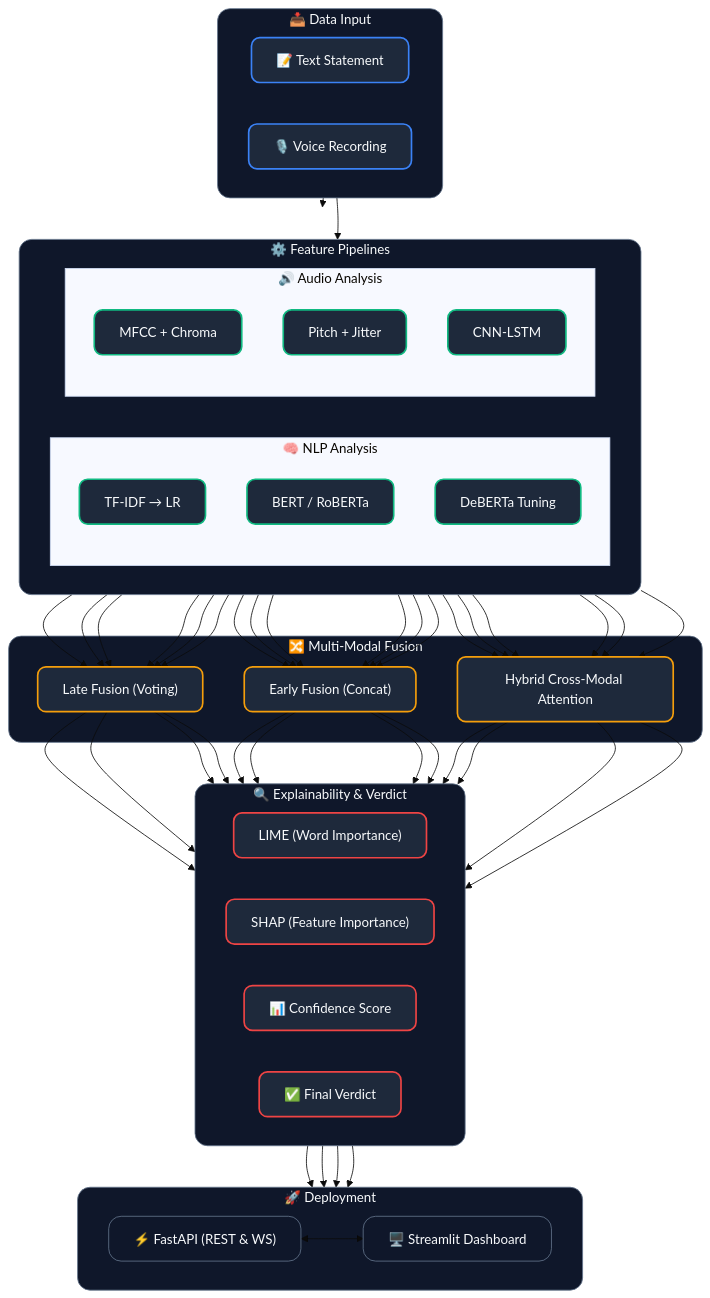
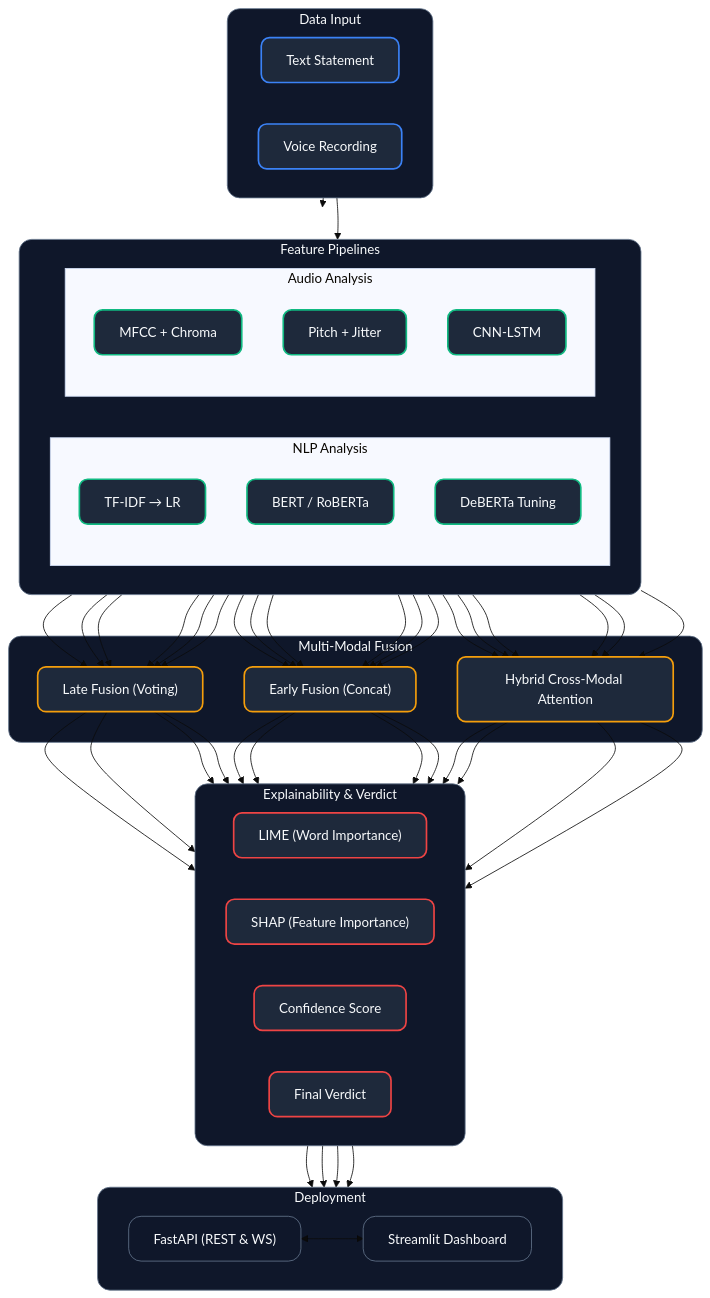
One commit to Dpjaiswal/ai-lie-detection-system changed the first of 3 diagrams in README.md. Above: the diagram before and after it, drawn with Mermaid (base theme). The commit also changed other lines of this file, not shown here.

````diff
--- a/README.md
+++ b/README.md
@@ -39,64 +39,64 @@
 ```mermaid
 graph TD
-    classDef input fill:#1E293B,stroke:#3B82F6,stroke-width:2px,color:#F8FAFC,rx:10,ry:10;
-    classDef processing fill:#1E293B,stroke:#10B981,stroke-width:2px,color:#F8FAFC,rx:10,ry:10;
-    classDef fusion fill:#1E293B,stroke:#F59E0B,stroke-width:2px,color:#F8FAFC,rx:10,ry:10;
-    classDef output fill:#1E293B,stroke:#EF4444,stroke-width:2px,color:#F8FAFC,rx:10,ry:10;
-    classDef system fill:#0F172A,stroke:#64748B,stroke-width:1px,color:#F8FAFC,rx:15,ry:15;
+ classDef input fill:#1E293B,stroke:#3B82F6,stroke-width:2px,color:#F8FAFC,rx:10,ry:10;
+ classDef processing fill:#1E293B,stroke:#10B981,stroke-width:2px,color:#F8FAFC,rx:10,ry:10;
+ classDef fusion fill:#1E293B,stroke:#F59E0B,stroke-width:2px,color:#F8FAFC,rx:10,ry:10;
+ classDef output fill:#1E293B,stroke:#EF4444,stroke-width:2px,color:#F8FAFC,rx:10,ry:10;
+ classDef system fill:#0F172A,stroke:#64748B,stroke-width:1px,color:#F8FAFC,rx:15,ry:15;
 
-    subgraph Input_Layer ["📥 Data Input"]
-        direction LR
-        T["📝 Text Statement"]:::input
-        V["🎙️ Voice Recording"]:::input
-    end
+ subgraph Input_Layer [" Data Input"]
+ direction LR
+ T[" Text Statement"]:::input
+ V[" Voice Recording"]:::input
+ end
 
-    subgraph Core_Pipelines ["⚙️ Feature Pipelines"]
-        direction LR
-        subgraph NLP_Pipeline ["🧠 NLP Analysis"]
-            direction TB
-            N1["TF-IDF → LR"]:::processing
-            N2["BERT / RoBERTa"]:::processing
-            N3["DeBERTa Tuning"]:::processing
-        end
+ subgraph Core_Pipelines [" Feature Pipelines"]
+ direction LR
+ subgraph NLP_Pipeline [" NLP Analysis"]
+ direction TB
+ N1["TF-IDF → LR"]:::processing
+ N2["BERT / RoBERTa"]:::processing
+ N3["DeBERTa Tuning"]:::processing
+ end
 
-        subgraph Audio_Pipeline ["🔊 Audio Analysis"]
-            direction TB
-            A1["MFCC + Chroma"]:::processing
-            A2["Pitch + Jitter"]:::processing
-            A3["CNN-LSTM"]:::processing
-        end
-    end
+ subgraph Audio_Pipeline [" Audio Analysis"]
+ direction TB
+ A1["MFCC + Chroma"]:::processing
+ A2["Pitch + Jitter"]:::processing
+ A3["CNN-LSTM"]:::processing
+ end
+ end
 
-    subgraph Fusion_Layer ["🔀 Multi-Modal Fusion"]
-        F1["Late Fusion (Voting)"]:::fusion
-        F2["Early Fusion (Concat)"]:::fusion
-        F3["Hybrid Cross-Modal Attention"]:::fusion
-    end
+ subgraph Fusion_Layer [" Multi-Modal Fusion"]
+ F1["Late Fusion (Voting)"]:::fusion
+ F2["Early Fusion (Concat)"]:::fusion
+ F3["Hybrid Cross-Modal Attention"]:::fusion
+ end
 
-    subgraph Explainability ["🔍 Explainability & Verdict"]
-        direction LR
-        X1["LIME (Word Importance)"]:::output
-        X2["SHAP (Feature Importance)"]:::output
-        O1["📊 Confidence Score"]:::output
-        O2["✅ Final Verdict"]:::output
-    end
+ subgraph Explainability [" Explainability & Verdict"]
+ direction LR
+ X1["LIME (Word Importance)"]:::output
+ X2["SHAP (Feature Importance)"]:::output
+ O1[" Confidence Score"]:::output
+ O2[" Final Verdict"]:::output
+ end
 
-    subgraph APIs ["🚀 Deployment"]
-        direction LR
-        API["⚡ FastAPI (REST & WS)"]:::system
-        UI["🖥️ Streamlit Dashboard"]:::system
-    end
+ subgraph APIs [" Deployment"]
+ direction LR
+ API[" FastAPI (REST & WS)"]:::system
+ UI[" Streamlit Dashboard"]:::system
+ end
 
-    T --> NLP_Pipeline
-    V --> Audio_Pipeline
+ T --> NLP_Pipeline
+ V --> Audio_Pipeline
 
-    N1 & N2 & N3 --> F1 & F2 & F3
-    A1 & A2 & A3 --> F1 & F2 & F3
+ N1 & N2 & N3 --> F1 & F2 & F3
+ A1 & A2 & A3 --> F1 & F2 & F3
 
-    F1 & F2 & F3 --> X1 & X2 & O1 & O2
+ F1 & F2 & F3 --> X1 & X2 & O1 & O2
 
-    X1 & X2 & O1 & O2 --> API
-    API <--> UI
+ X1 & X2 & O1 & O2 --> API
+ API <--> UI
 
-    class Input_Layer,Core_Pipelines,Fusion_Layer,Explainability,APIs system;
+ class Input_Layer,Core_Pipelines,Fusion_Layer,Explainability,APIs system;
 ```
````
